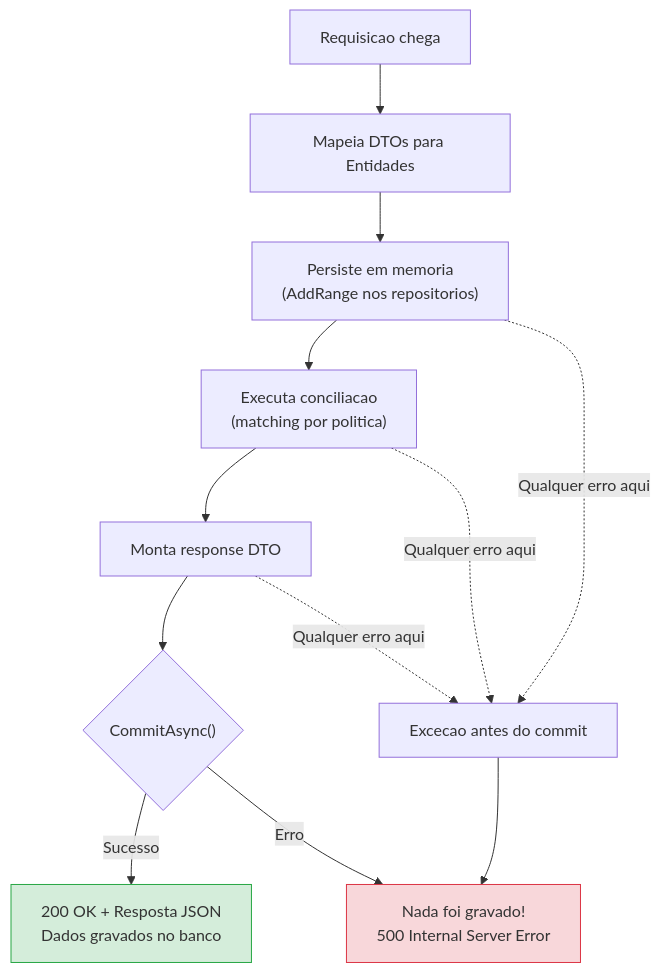
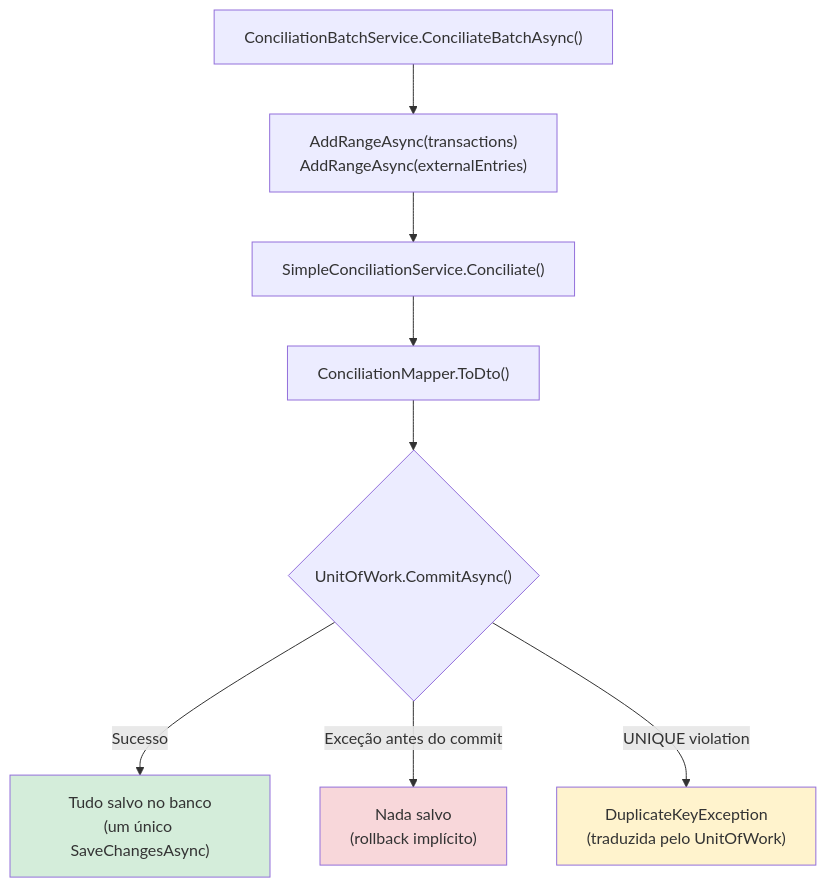
One commit to awernek/Conciliacao changed diagram 11 of 12 in docs/DIAGRAMAS-PROJETO.md. Above: the diagram before and after it, drawn with Mermaid. The commit also changed other lines of this file and 22 other files, not shown here.

````diff
--- a/docs/DIAGRAMAS-PROJETO.md
+++ b/docs/DIAGRAMAS-PROJETO.md
@@ -479,25 +405,16 @@
 ```mermaid
 flowchart TD
-    REQ["Requisicao chega"]
-    MAP["Mapeia DTOs para Entidades"]
-    PERSIST["Persiste em memoria<br/>(AddRange nos repositorios)"]
-    CONCILIA["Executa conciliacao<br/>(matching por politica)"]
-    MONTA["Monta response DTO"]
+    START["ConciliationBatchService.ConciliateBatchAsync()"]
+    START --> ADD["AddRangeAsync(transactions)<br/>AddRangeAsync(externalEntries)"]
+    ADD --> MATCH["SimpleConciliationService.Conciliate()"]
+    MATCH --> MAP["ConciliationMapper.ToDto()"]
+    MAP --> COMMIT{"UnitOfWork.CommitAsync()"}
 
-    COMMIT{"CommitAsync()"}
-    OK["200 OK + Resposta JSON<br/>Dados gravados no banco"]
-    ERRO["Excecao antes do commit"]
-    NADA["Nada foi gravado!<br/>500 Internal Server Error"]
+    COMMIT -->|Sucesso| OK[" Tudo salvo no banco<br/>(um único SaveChangesAsync)"]
+    COMMIT -->|Exceção antes do commit| ROLLBACK[" Nada salvo<br/>(rollback implícito)"]
+    COMMIT -->|UNIQUE violation| DKE["DuplicateKeyException<br/>(traduzida pelo UnitOfWork)"]
 
-    REQ --> MAP --> PERSIST --> CONCILIA --> MONTA --> COMMIT
-    COMMIT -->|Sucesso| OK
-    COMMIT -->|Erro| NADA
-
-    PERSIST -.->|Qualquer erro aqui| ERRO
-    CONCILIA -.->|Qualquer erro aqui| ERRO
-    MONTA -.->|Qualquer erro aqui| ERRO
-    ERRO --> NADA
-
-    style OK fill:#d4edda,stroke:#28a745
-    style NADA fill:#f8d7da,stroke:#dc3545
+    style OK fill:#d4edda
+    style ROLLBACK fill:#f8d7da
+    style DKE fill:#fff3cd
 ```
````
